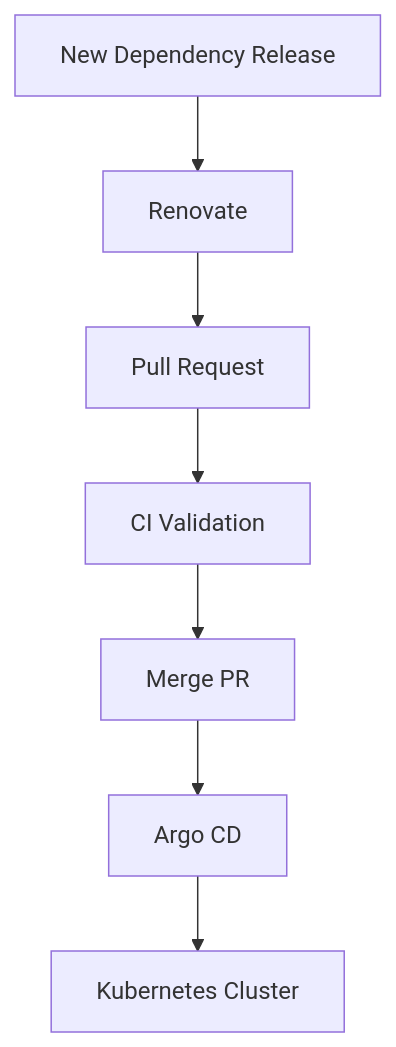
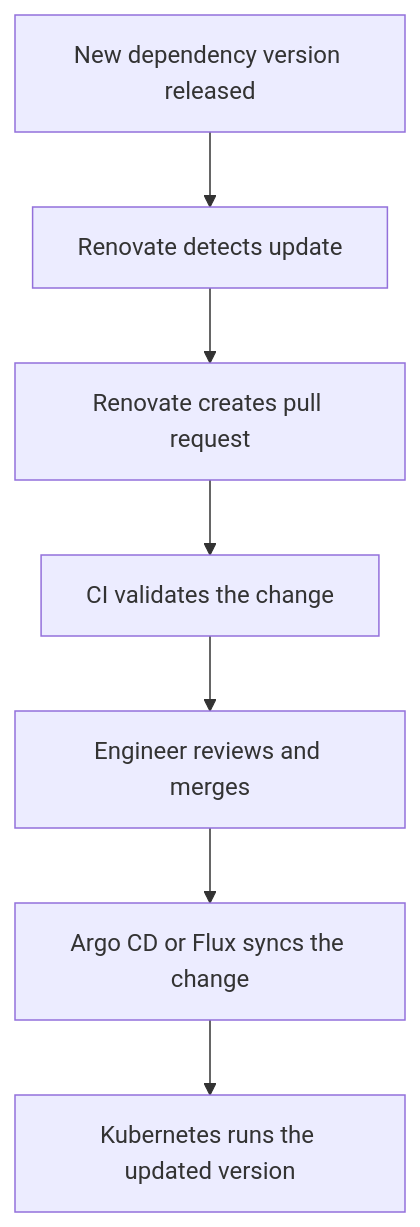
One commit to Conclusion-Xforce/conclusionxforce.cloud changed the diagram in content/blog/Renovate-in-Gitops-Environments/index.md. Above: the diagram before and after it, drawn with Mermaid. The commit also changed other lines of this file and 2 other files, not shown here.

````diff
--- a/content/blog/Renovate-in-Gitops-Environments/index.md
+++ b/content/blog/Renovate-in-Gitops-Environments/index.md
@@ -41,9 +57,9 @@
 ```mermaid
-  graph TD;
-      A[New Dependency Release]-->B[Renovate];
-      B[Renovate]-->C[Pull Request];
-      C[Pull Request]-->D[CI Validation];
-      D[CI Validation]-->E[Merge PR];
-      E[Merge PR]-->F[Argo CD];
-      F[Argo CD]-->G[Kubernetes Cluster];
+graph TD;
+    A[New dependency version released] --> B[Renovate detects update];
+    B --> C[Renovate creates pull request];
+    C --> D[CI validates the change];
+    D --> E[Engineer reviews and merges];
+    E --> F[Argo CD or Flux syncs the change];
+    F --> G[Kubernetes runs the updated version];
 ```
````
